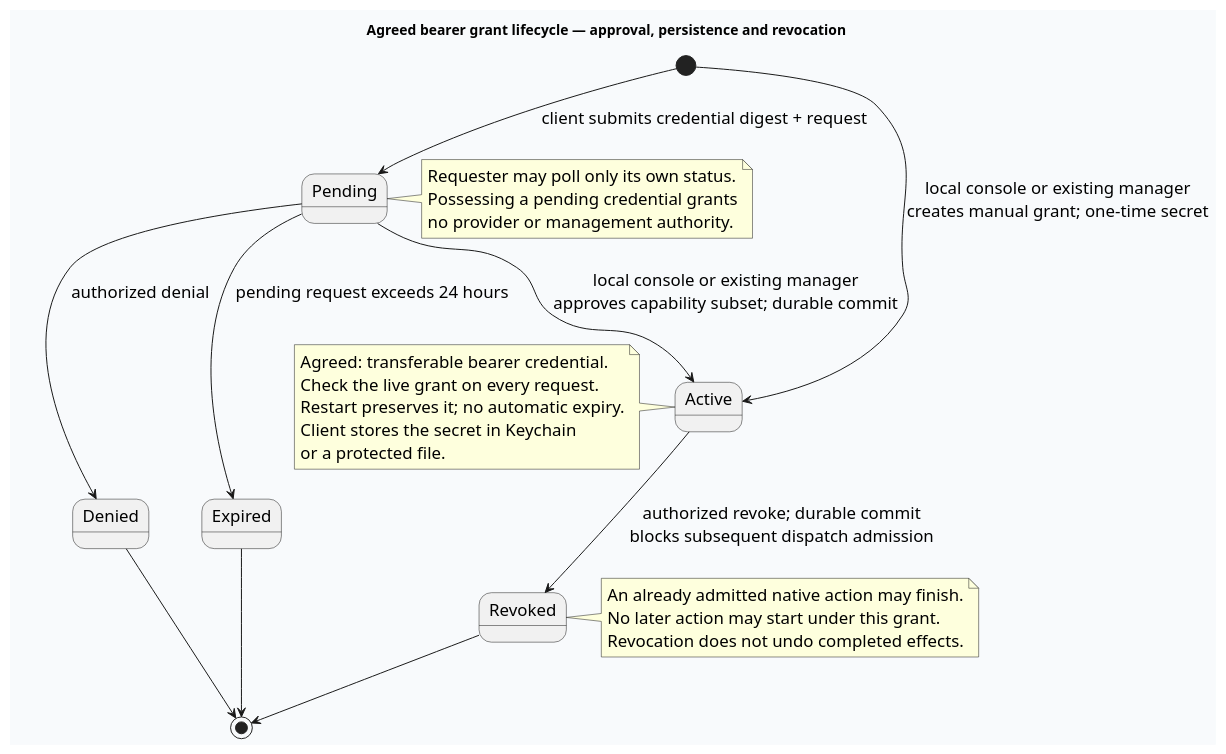
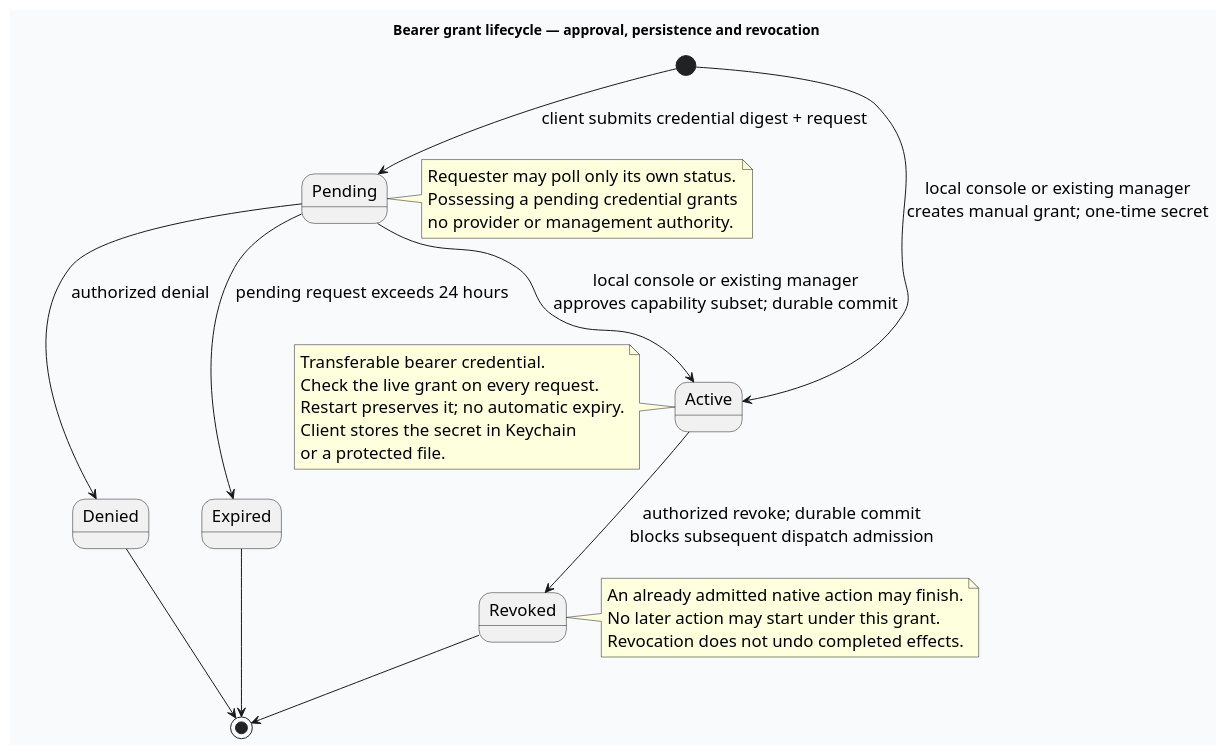
Before and after one commit to Linkuistics/Koine: the diagram in docs/design/architecture/grants.puml, drawn with PlantUML. The commit also changed 48 other files, not shown here.

```diff
--- a/docs/design/architecture/grants.puml
+++ b/docs/design/architecture/grants.puml
@@ -1,33 +1,33 @@
 @startuml grants
 skinparam backgroundColor #F8FAFC
 skinparam defaultFontName Helvetica
 skinparam defaultFontSize 17
 skinparam shadowing false
-title Agreed bearer grant lifecycle — approval, persistence and revocation
+title Bearer grant lifecycle — approval, persistence and revocation
 [*] --> Pending : client submits credential digest + request
 Pending --> Active : local console or existing manager\napproves capability subset; durable commit
 Pending --> Denied : authorized denial
 Pending --> Expired : pending request exceeds 24 hours
 [*] --> Active : local console or existing manager\ncreates manual grant; one-time secret
 Active --> Revoked : authorized revoke; durable commit\nblocks subsequent dispatch admission
 Revoked --> [*]
 Denied --> [*]
 Expired --> [*]
 note right of Pending
 Requester may poll only its own status.
 Possessing a pending credential grants
 no provider or management authority.
 end note
 note left of Active
-Agreed: transferable bearer credential.
+Transferable bearer credential.
 Check the live grant on every request.
 Restart preserves it; no automatic expiry.
 Client stores the secret in Keychain
 or a protected file.
 end note
 note right of Revoked
 An already admitted native action may finish.
 No later action may start under this grant.
 Revocation does not undo completed effects.
 end note
 @enduml
```
